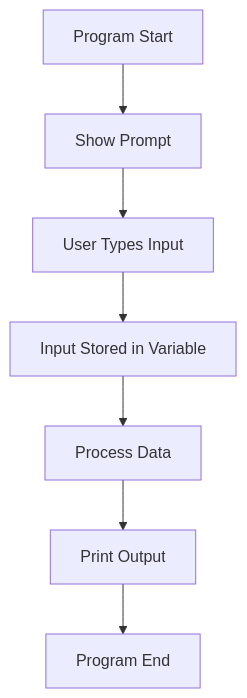
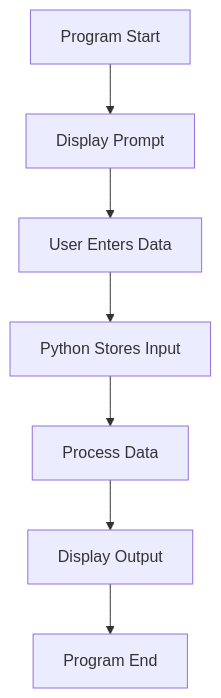
Before and after one commit to SonaniAkshit/python-foundation: the first of 2 diagrams in 01_basics/Notes/03.Input_Output_in_Python.md, drawn with Mermaid. The commit also changed other lines of this file, not shown here.

````diff
--- a/01_basics/Notes/03.Input_Output_in_Python.md
+++ b/01_basics/Notes/03.Input_Output_in_Python.md
@@ -139,9 +148,9 @@
 ```mermaid
 flowchart TD
-    A[Program Start] --> B[Show Prompt]
-    B --> C[User Types Input]
-    C --> D[Input Stored in Variable]
+    A[Program Start] --> B[Display Prompt]
+    B --> C[User Enters Data]
+    C --> D[Python Stores Input]
     D --> E[Process Data]
-    E --> F[Print Output]
+    E --> F[Display Output]
     F --> G[Program End]
 ```
````
